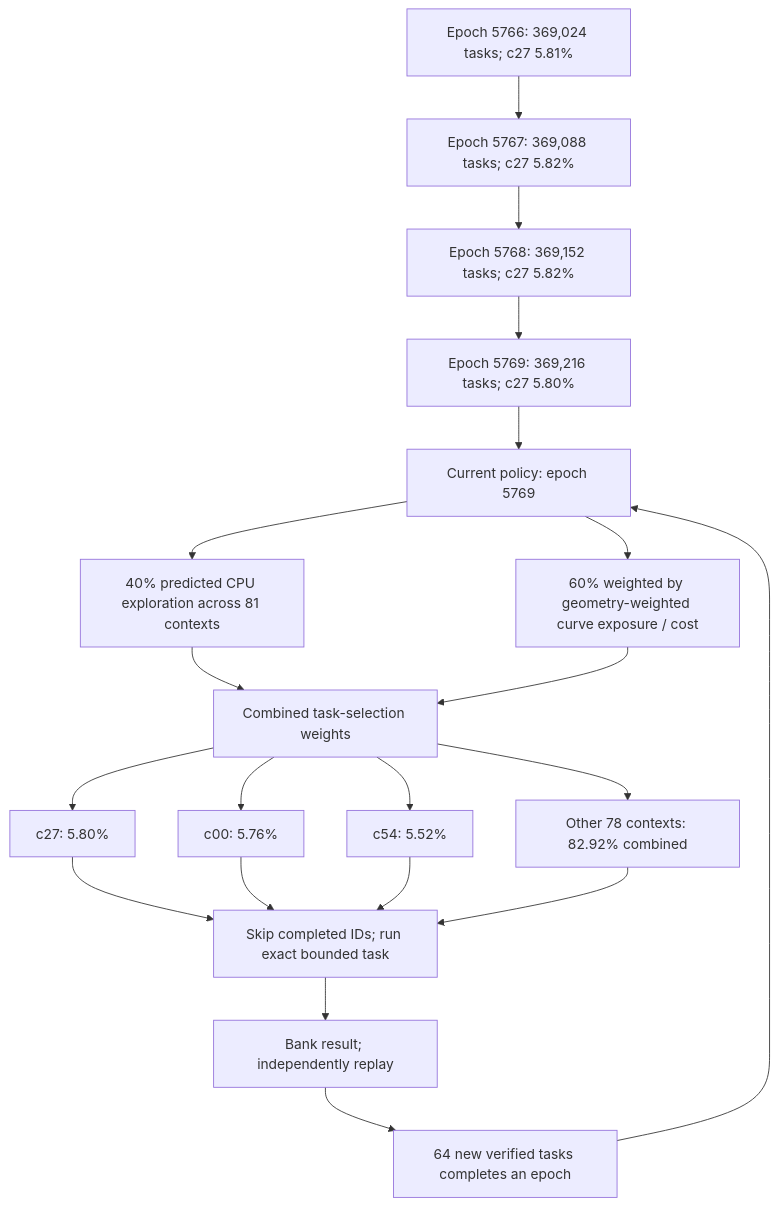
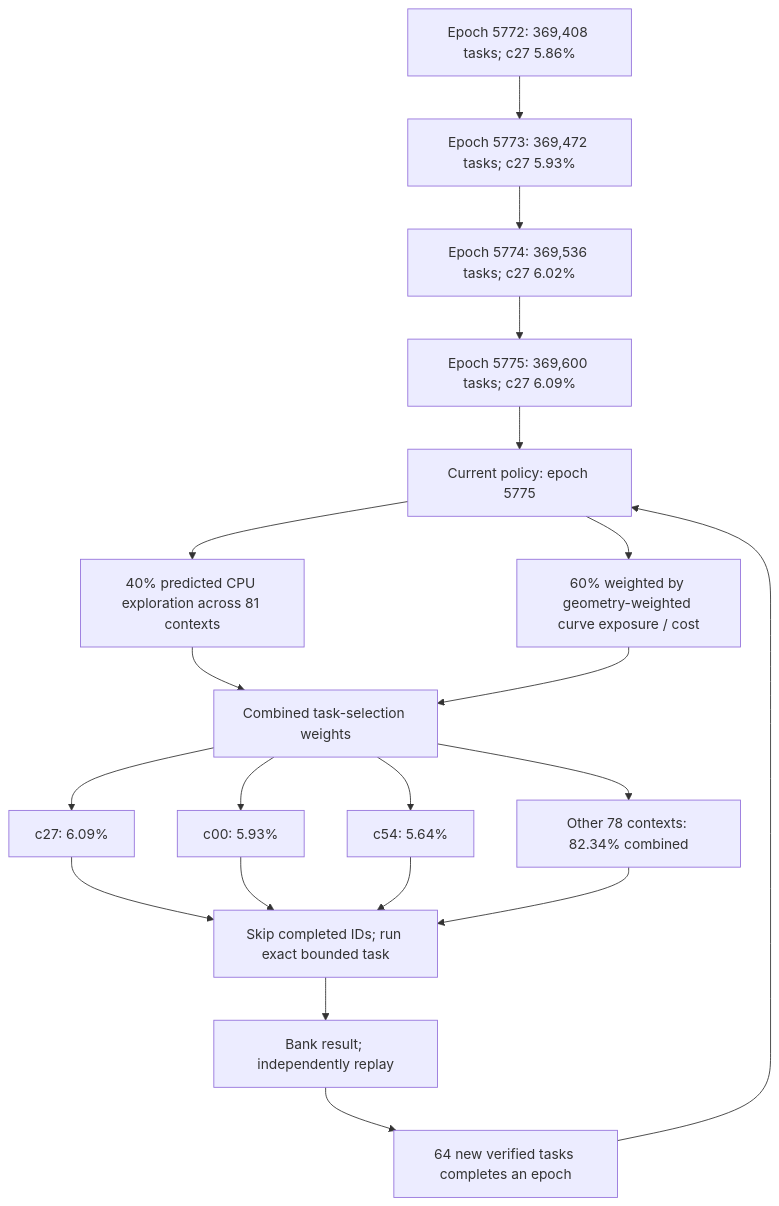
One commit to Kuberwastaken/math-gambling changed the first of 3 diagrams in README.md. Above: the diagram before and after it, drawn with Mermaid. The commit also changed other lines of this file and 1591 other files, not shown here.

````diff
--- a/README.md
+++ b/README.md
@@ -60,27 +60,27 @@
 ```mermaid
 flowchart TD
-    H0["Epoch 5766: 369,024 tasks; c27 5.81%"]
-    H1["Epoch 5767: 369,088 tasks; c27 5.82%"]
+    H0["Epoch 5772: 369,408 tasks; c27 5.86%"]
+    H1["Epoch 5773: 369,472 tasks; c27 5.93%"]
     H0 --> H1
-    H2["Epoch 5768: 369,152 tasks; c27 5.82%"]
+    H2["Epoch 5774: 369,536 tasks; c27 6.02%"]
     H1 --> H2
-    H3["Epoch 5769: 369,216 tasks; c27 5.80%"]
+    H3["Epoch 5775: 369,600 tasks; c27 6.09%"]
     H2 --> H3
-    Policy["Current policy: epoch 5769"]
+    Policy["Current policy: epoch 5775"]
     H3 --> Policy
     Policy --> Explore["40% predicted CPU exploration across 81 contexts"]
     Policy --> Cost["60% weighted by geometry-weighted curve exposure / cost"]
     Explore --> Mix["Combined task-selection weights"]
     Cost --> Mix
-    Mix --> C0["c27: 5.80%"]
-    Mix --> C1["c00: 5.76%"]
-    Mix --> C2["c54: 5.52%"]
-    Mix --> Rest["Other 78 contexts: 82.92% combined"]
+    Mix --> C0["c27: 6.09%"]
+    Mix --> C1["c00: 5.93%"]
+    Mix --> C2["c54: 5.64%"]
+    Mix --> Rest["Other 78 contexts: 82.34% combined"]
     C0 --> Check["Skip completed IDs; run exact bounded task"]
     C1 --> Check
     C2 --> Check
     Rest --> Check
     Check --> Replay["Bank result; independently replay"]
     Replay --> Gate["64 new verified tasks completes an epoch"]
     Gate --> Policy
 ```
````
